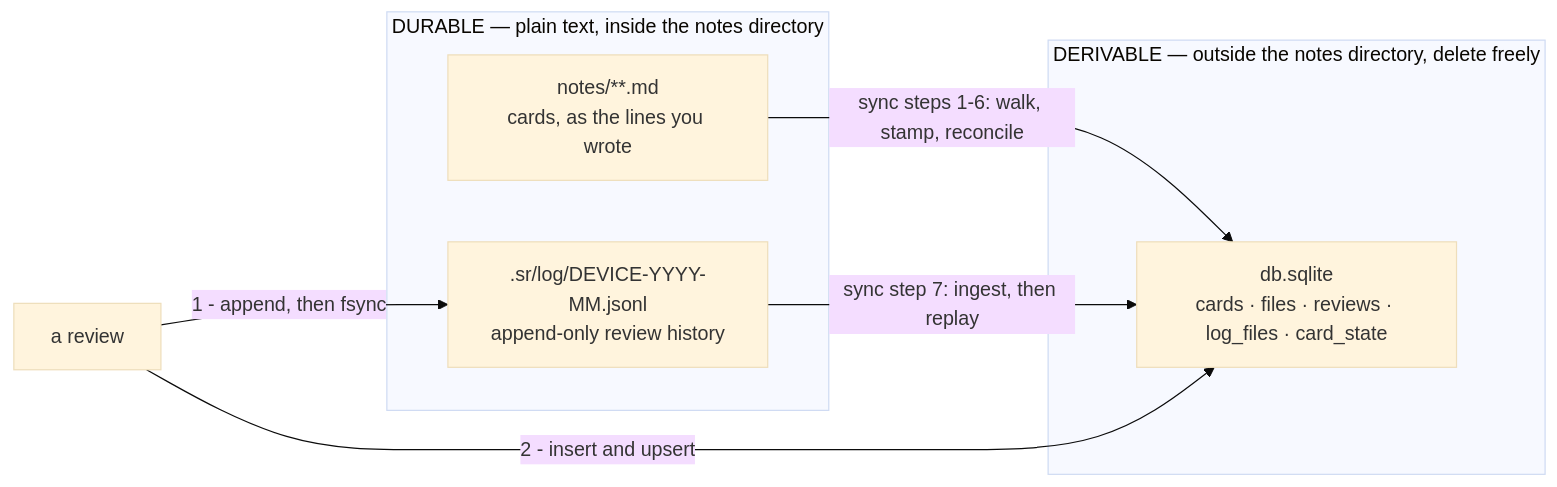
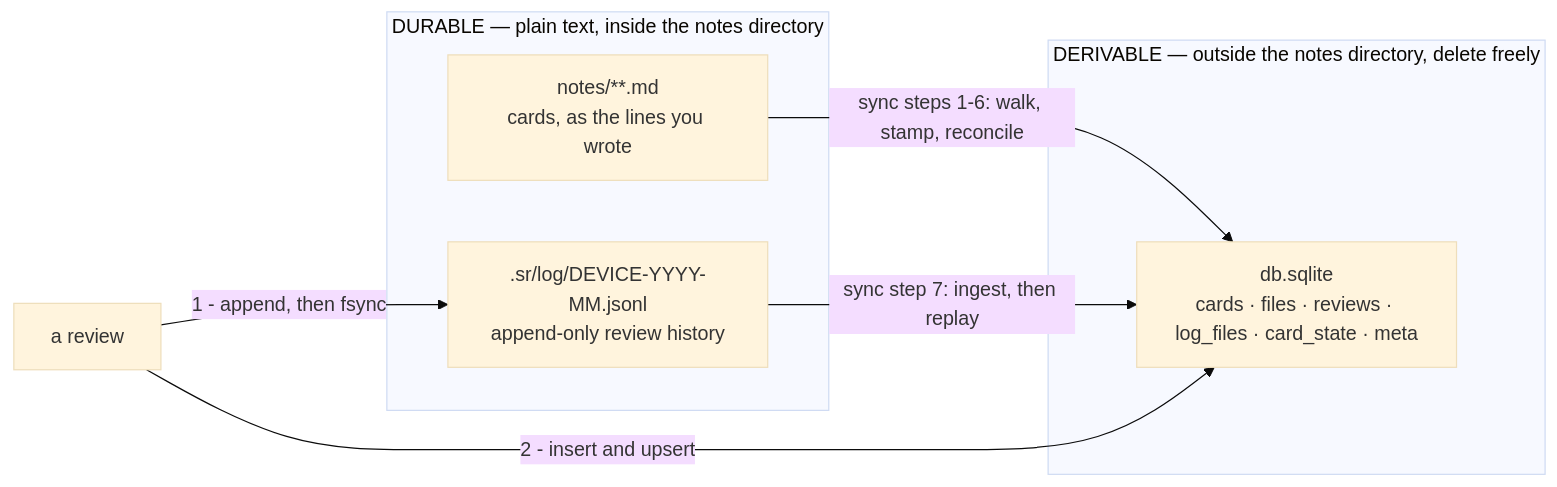
Before and after one commit to T1Fleming/GeodeMd: the diagram in docs/design/data-model.md, drawn with Mermaid (base theme). The commit also changed other lines of this file and 28 other files, not shown here.

````diff
--- a/docs/design/data-model.md
+++ b/docs/design/data-model.md
@@ -13,16 +13,16 @@
 ```mermaid
 flowchart LR
     subgraph durable["DURABLE — plain text, inside the notes directory"]
         notes["notes/**.md<br/>cards, as the lines you wrote"]
         log[".sr/log/DEVICE-YYYY-MM.jsonl<br/>append-only review history"]
     end
 
     subgraph derived["DERIVABLE — outside the notes directory, delete freely"]
-        db["db.sqlite<br/>cards · files · reviews · log_files · card_state"]
+        db["db.sqlite<br/>cards · files · reviews · log_files · card_state · meta"]
     end
 
     notes -->|"sync steps 1-6: walk, stamp, reconcile"| db
     log -->|"sync step 7: ingest, then replay"| db
     review["a review"] -->|"1 - append, then fsync"| log
     review -->|"2 - insert and upsert"| db
 ```
````
